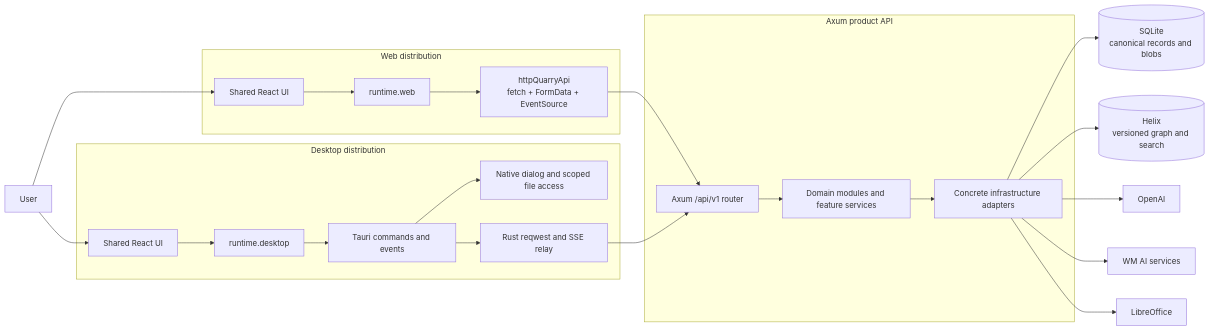
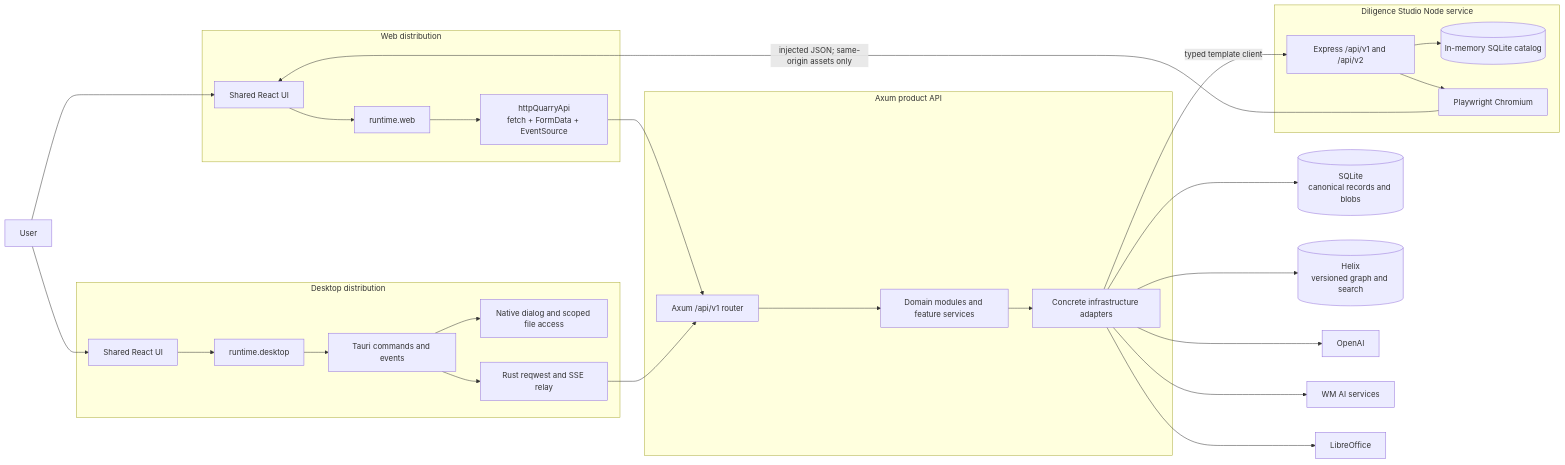
One commit to ratik-gambhir-WM/Quarry changed the first of 3 diagrams in docs/ARCHITECTURE.md. Above: the diagram before and after it, drawn with Mermaid. The commit also changed other lines of this file and 116 other files, not shown here.

````diff
--- a/docs/ARCHITECTURE.md
+++ b/docs/ARCHITECTURE.md
@@ -74,45 +77,55 @@
 ```mermaid
 flowchart LR
     User[User]
 
     subgraph Browser[Web distribution]
         WebUI[Shared React UI]
         WebRuntime[runtime.web]
         HttpApi[httpQuarryApi\nfetch + FormData + EventSource]
         WebUI --> WebRuntime --> HttpApi
     end
 
     subgraph Desktop[Desktop distribution]
         DesktopUI[Shared React UI]
         DesktopRuntime[runtime.desktop]
         Tauri[Tauri commands and events]
         Native[Native dialog and scoped file access]
         Relay[Rust reqwest and SSE relay]
         DesktopUI --> DesktopRuntime --> Tauri
         Tauri --> Native
         Tauri --> Relay
     end
 
     subgraph Server[Axum product API]
         Router[Axum /api/v1 router]
         Domains[Domain modules and feature services]
         Adapters[Concrete infrastructure adapters]
         Router --> Domains --> Adapters
     end
 
+    subgraph Studio[Diligence Studio Node service]
+        StudioApi[Express /api/v1 and /api/v2]
+        StudioCatalog[(In-memory SQLite catalog)]
+        PreviewRunner[Playwright Chromium]
+        StudioApi --> StudioCatalog
+        StudioApi --> PreviewRunner
+    end
+
     SQLite[(SQLite\ncanonical records and blobs)]
     Helix[(Helix\nversioned graph and search)]
     OpenAI[OpenAI]
     WmAi[WM AI services]
     Office[LibreOffice]
 
     User --> WebUI
     User --> DesktopUI
     HttpApi --> Router
     Relay --> Router
+    Adapters -->|typed template client| StudioApi
+    PreviewRunner -->|injected JSON; same-origin assets only| WebUI
     Adapters --> SQLite
     Adapters --> Helix
     Adapters --> OpenAI
     Adapters --> WmAi
     Adapters --> Office
 ```
````
